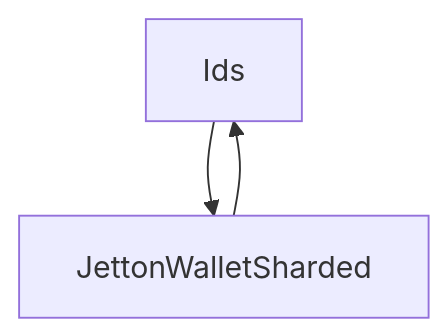
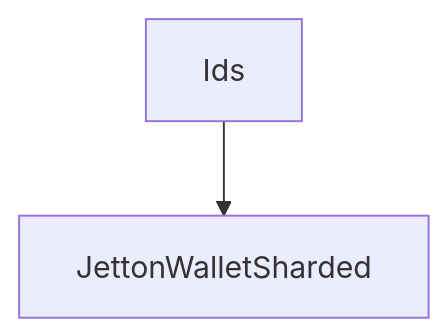
One commit to ankitgahlyan/phosphate changed the second of 2 diagrams in build/wallet/Wallet_Ids.md. Above: the diagram before and after it, drawn with Mermaid. The commit also changed other lines of this file and 15 other files, not shown here.

````diff
--- a/build/wallet/Wallet_Ids.md
+++ b/build/wallet/Wallet_Ids.md
@@ -365,6 +365,5 @@
 ```mermaid
 graph TD
 Ids
 Ids --> JettonWalletSharded
-JettonWalletSharded --> Ids
 ```
````
